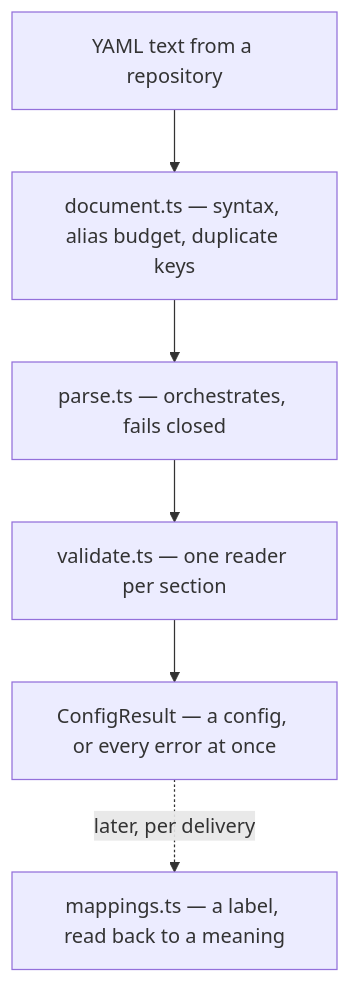
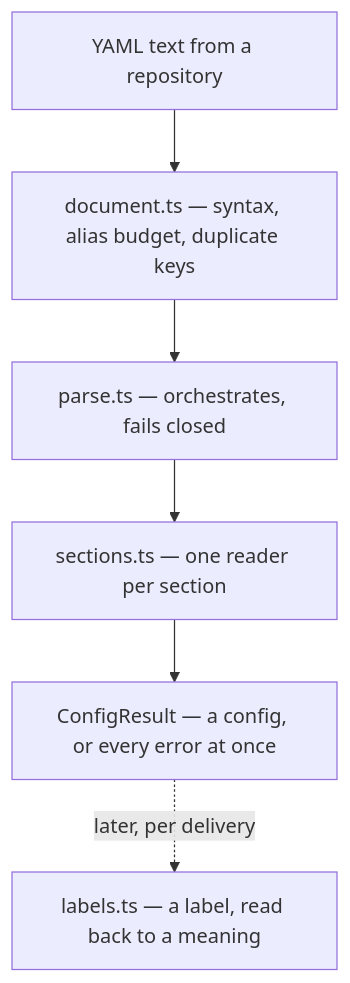
The diagram in packages/core/src/config/README.md (cheese-cakee/sdk-automations), drawn with Mermaid before and after one commit. The commit also changed other lines of this file and 11 other files, not shown here.

````diff
--- a/packages/core/src/config/README.md
+++ b/packages/core/src/config/README.md
@@ -18,11 +18,11 @@
 ```mermaid
 flowchart TB
     TXT["YAML text from a repository"]
     DOC["document.ts — syntax, alias budget, duplicate keys"]
     PAR["parse.ts — orchestrates, fails closed"]
-    VAL["validate.ts — one reader per section"]
+    VAL["sections.ts — one reader per section"]
     RES["ConfigResult — a config, or every error at once"]
-    MAP["mappings.ts — a label, read back to a meaning"]
+    MAP["labels.ts — a label, read back to a meaning"]
     TXT --> DOC --> PAR --> VAL --> RES
     RES -.->|"later, per delivery"| MAP
 ```
````
